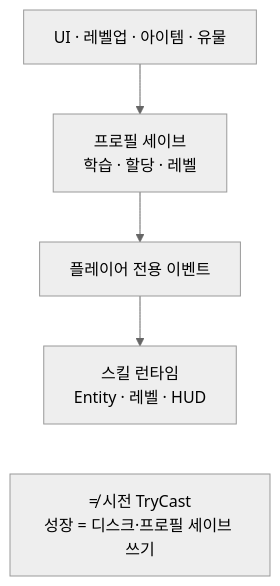
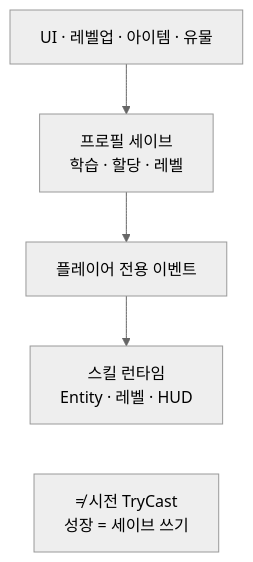
Before and after one commit to monet5379/monet5379.github.io: the diagram in notes/dragon-skill-growth.md, drawn with Mermaid (neutral theme). The commit also changed other lines of this file and 5 other files, not shown here.

````diff
--- a/notes/dragon-skill-growth.md
+++ b/notes/dragon-skill-growth.md
@@ -43,9 +56,9 @@
 ```mermaid
 flowchart TD
   SRC["UI · 레벨업 · 아이템 · 유물"] --> PROFILE["프로필 세이브<br/>학습 · 할당 · 레벨"]
   PROFILE --> EVT["플레이어 전용 이벤트"]
   EVT --> RUN["스킬 런타임<br/>Entity · 레벨 · HUD"]
 
-  NOTE["≠ 시전 TryCast<br/>성장 = 디스크·프로필 세이브 쓰기"]
+  NOTE["≠ 시전 TryCast<br/>성장 = 세이브 쓰기"]
   RUN ~~~ NOTE
 ```
````
